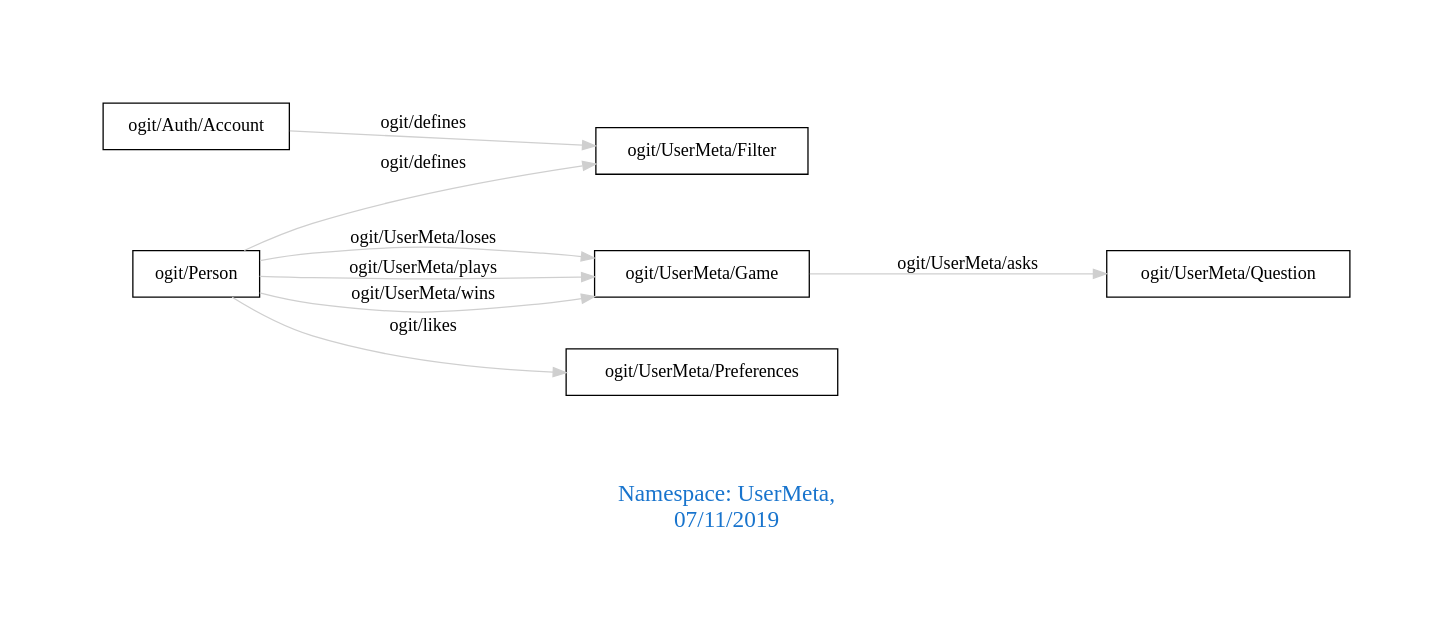
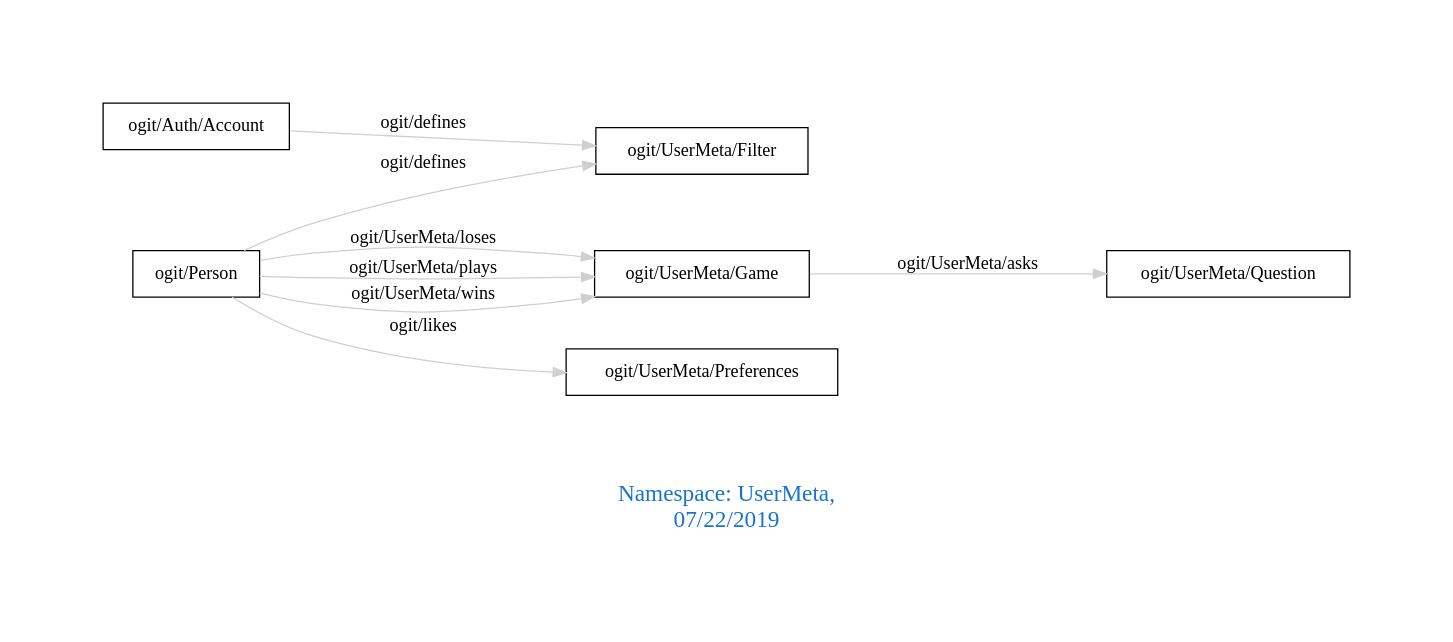
Before and after one commit to arago/OGIT: the diagram in downloads/UserMeta.dot, drawn with Graphviz. The commit also changed 1469 other files, not shown here.

```diff
--- a/downloads/UserMeta.dot
+++ b/downloads/UserMeta.dot
@@ -1,15 +1,15 @@
 digraph OGIT_ontology {
  graph [ rankdir= LR,pad=1 
 fontsize = 18,
-fontcolor= dodgerblue3,label = "\n\n\nNamespace: UserMeta, \n 07/11/2019"];
+fontcolor= dodgerblue3,label = "\n\n\nNamespace: UserMeta, \n 07/22/2019"];
 node[shape=polygon];
 edge [  color="gray81"];
 
    "ogit/Auth/Account" -> "ogit/UserMeta/Filter" [label="   ogit/defines    "];
    "ogit/Person" -> "ogit/UserMeta/Filter" [label="   ogit/defines    "];
    "ogit/UserMeta/Game" -> "ogit/UserMeta/Question" [label="   ogit/UserMeta/asks    "];
    "ogit/Person" -> "ogit/UserMeta/Preferences" [label="   ogit/likes    "];
    "ogit/Person" -> "ogit/UserMeta/Game" [label="   ogit/UserMeta/loses    "];
    "ogit/Person" -> "ogit/UserMeta/Game" [label="   ogit/UserMeta/plays    "];
    "ogit/Person" -> "ogit/UserMeta/Game" [label="   ogit/UserMeta/wins    "];
 }
```
